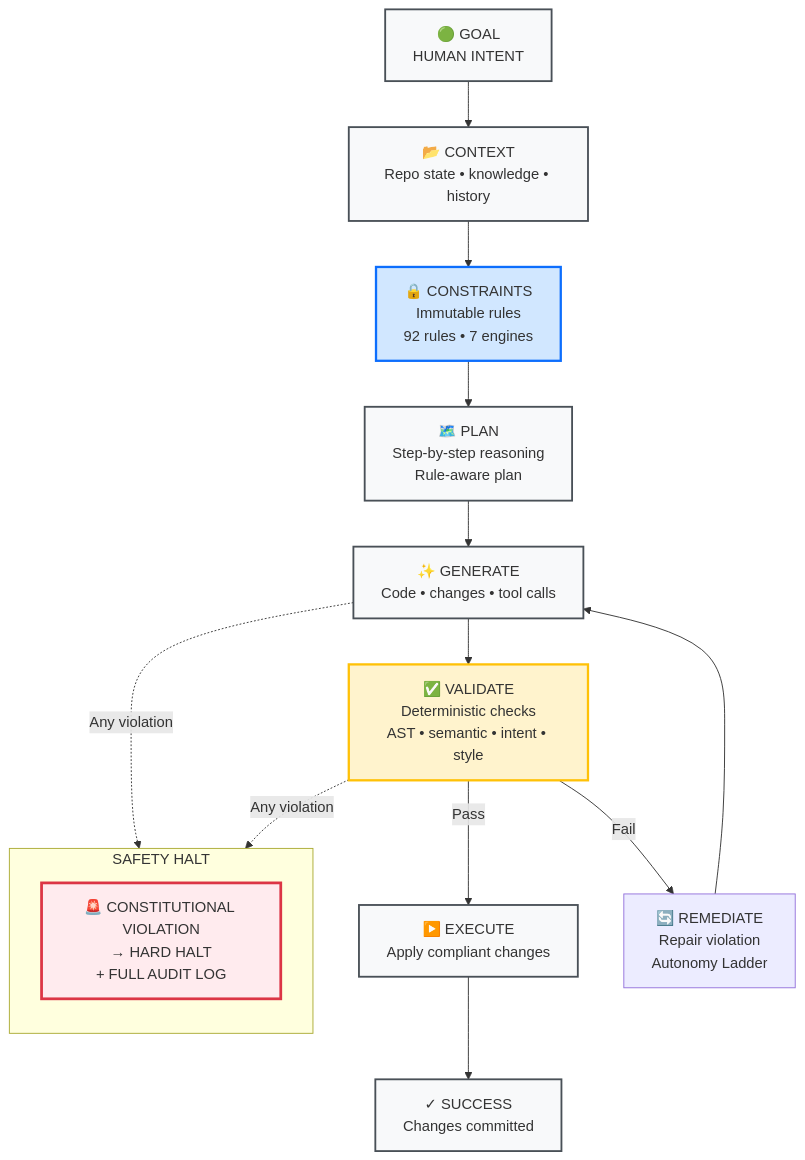
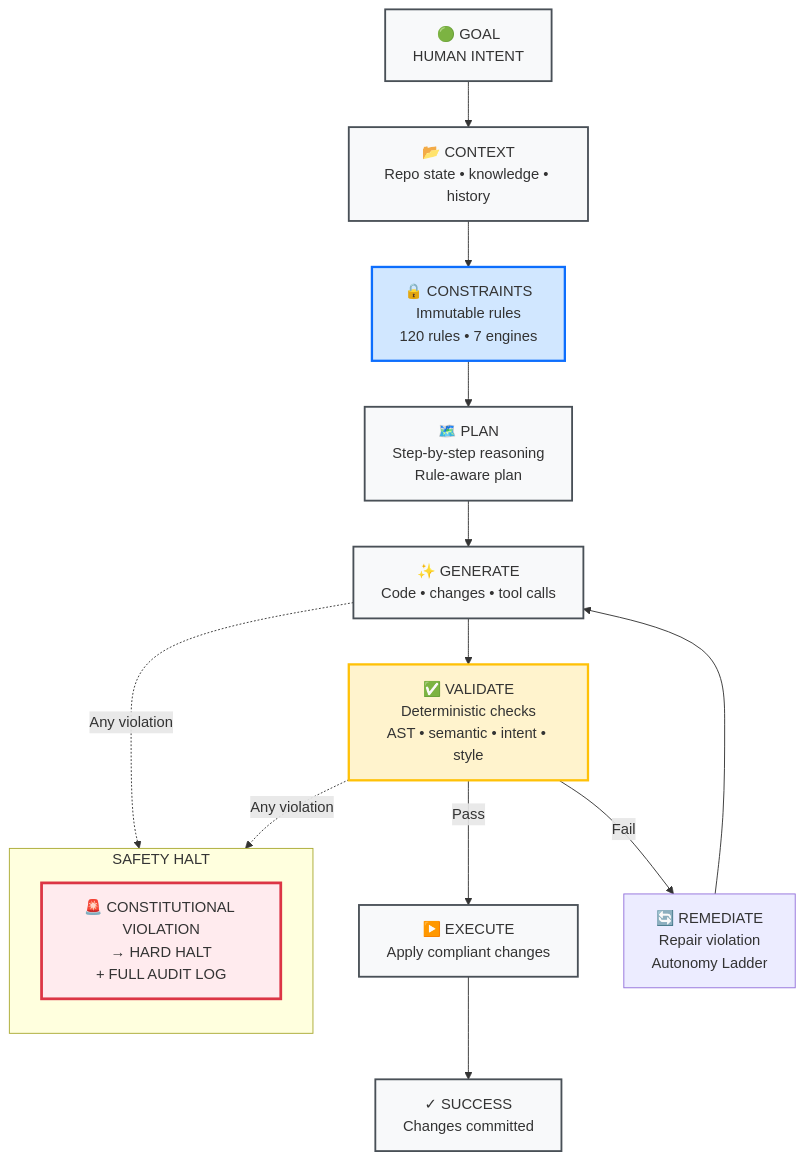
Before and after one commit to DariuszNewecki/CORE: the diagram in README.md, drawn with Mermaid. The commit also changed other lines of this file and 8 other files, not shown here.

````diff
--- a/README.md
+++ b/README.md
@@ -88,30 +94,30 @@
 ```mermaid
 flowchart TD
     A["🟢 GOAL\nHUMAN INTENT"] --> B["📂 CONTEXT\nRepo state • knowledge • history"]
-    B --> C["🔒 CONSTRAINTS\nImmutable rules\n92 rules • 7 engines"]
+    B --> C["🔒 CONSTRAINTS\nImmutable rules\n120 rules • 7 engines"]
     C --> D["🗺️ PLAN\nStep-by-step reasoning\nRule-aware plan"]
     D --> E["✨ GENERATE\nCode • changes • tool calls"]
     E --> F["✅ VALIDATE\nDeterministic checks\nAST • semantic • intent • style"]
     F -->|Pass| G["▶️ EXECUTE\nApply compliant changes"]
     F -->|Fail| H["🔄 REMEDIATE\nRepair violation\nAutonomy Ladder"]
     H --> E
     G --> I["✓ SUCCESS\nChanges committed"]
 
     subgraph "SAFETY HALT"
         direction TB
         J["🚨 CONSTITUTIONAL VIOLATION\n→ HARD HALT\n+ FULL AUDIT LOG"]
     end
 
     E -.->|Any violation| J
     F -.->|Any violation| J
 
     classDef phase      fill:#f8f9fa,stroke:#495057,stroke-width:2px
     classDef constraint fill:#d1e7ff,stroke:#0d6efd,stroke-width:2.5px
     classDef validate   fill:#fff3cd,stroke:#ffc107,stroke-width:2.5px
     classDef halt       fill:#ffebee,stroke:#dc3545,stroke-width:3px
 
     class A,B,D,E,G,I phase
     class C constraint
     class F validate
     class J halt
 ```
````
